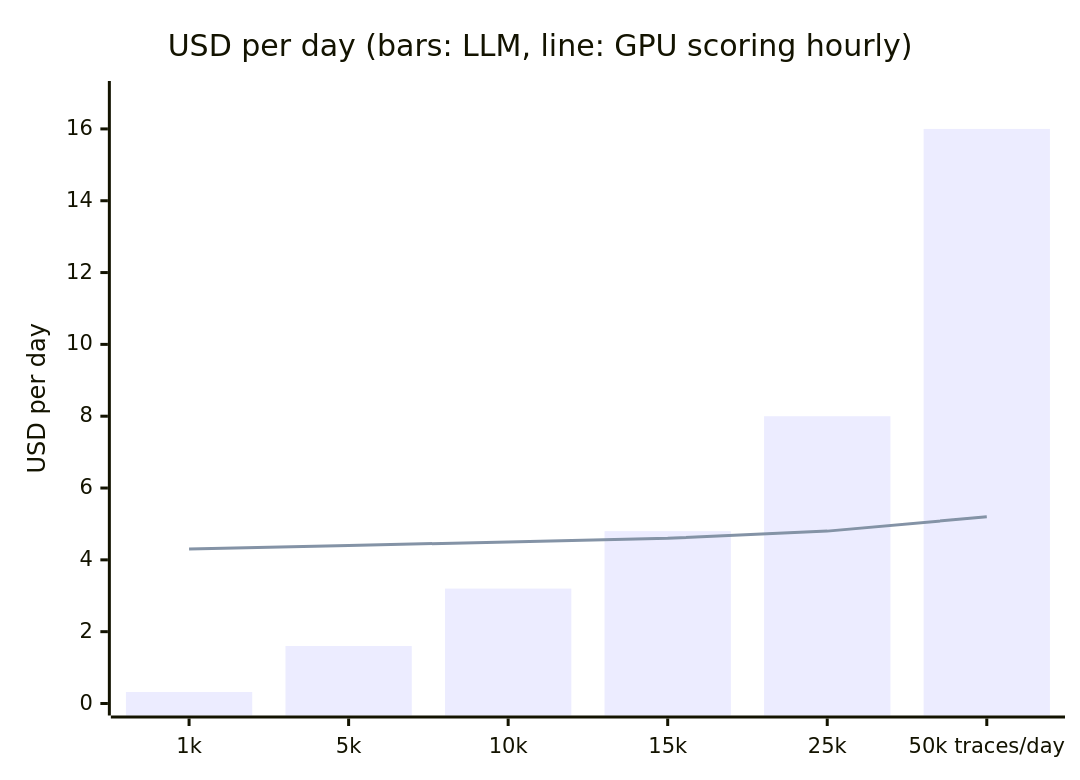
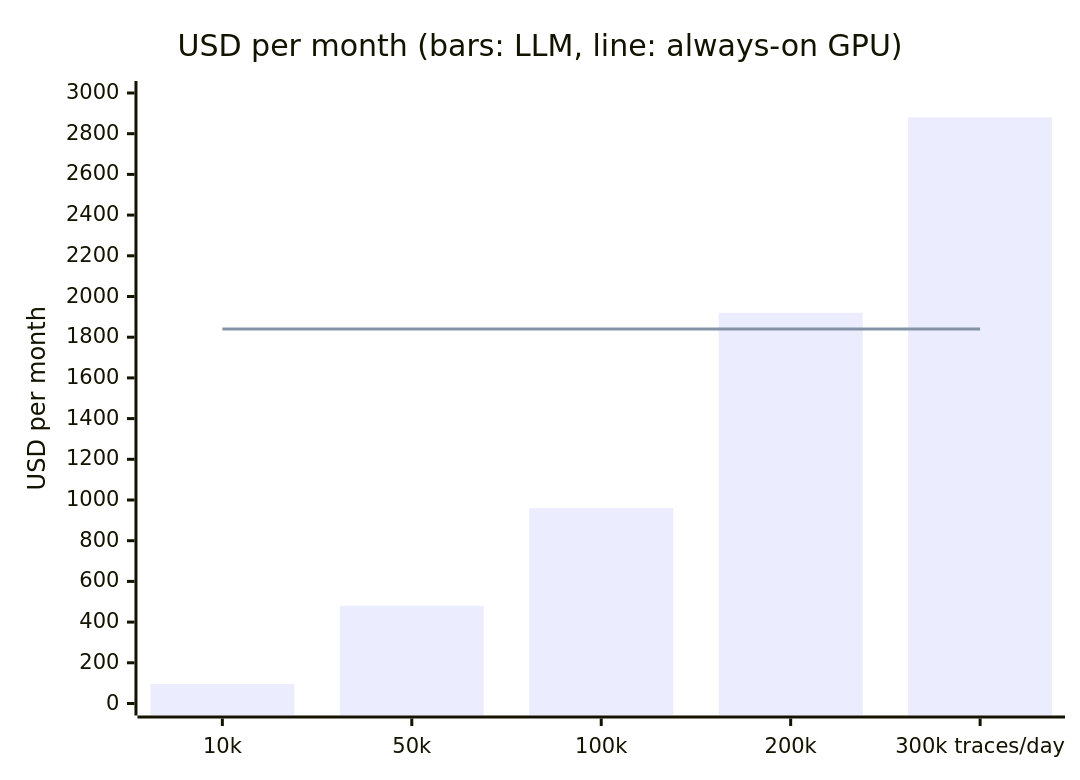
Before and after one commit to AliRezaFarahnak-Customer-Demos/log-anomaly-gpu-vs-llm-poc: the third of 3 diagrams in README.md, drawn with Mermaid. The commit also changed other lines of this file, not shown here.

````diff
--- a/README.md
+++ b/README.md
@@ -59,8 +53,8 @@
 ```mermaid
 xychart-beta
-    title "USD per day (bars: LLM, line: GPU scoring hourly)"
-    x-axis ["1k", "5k", "10k", "15k", "25k", "50k traces/day"]
-    y-axis "USD per day" 0 --> 17
-    bar [0.32, 1.6, 3.2, 4.8, 8.0, 16.0]
-    line [4.3, 4.4, 4.5, 4.6, 4.8, 5.2]
+    title "USD per month (bars: LLM, line: always-on GPU)"
+    x-axis ["10k", "50k", "100k", "200k", "300k traces/day"]
+    y-axis "USD per month" 0 --> 3000
+    bar [96, 480, 960, 1920, 2880]
+    line [1840, 1840, 1840, 1840, 1840]
 ```
````
